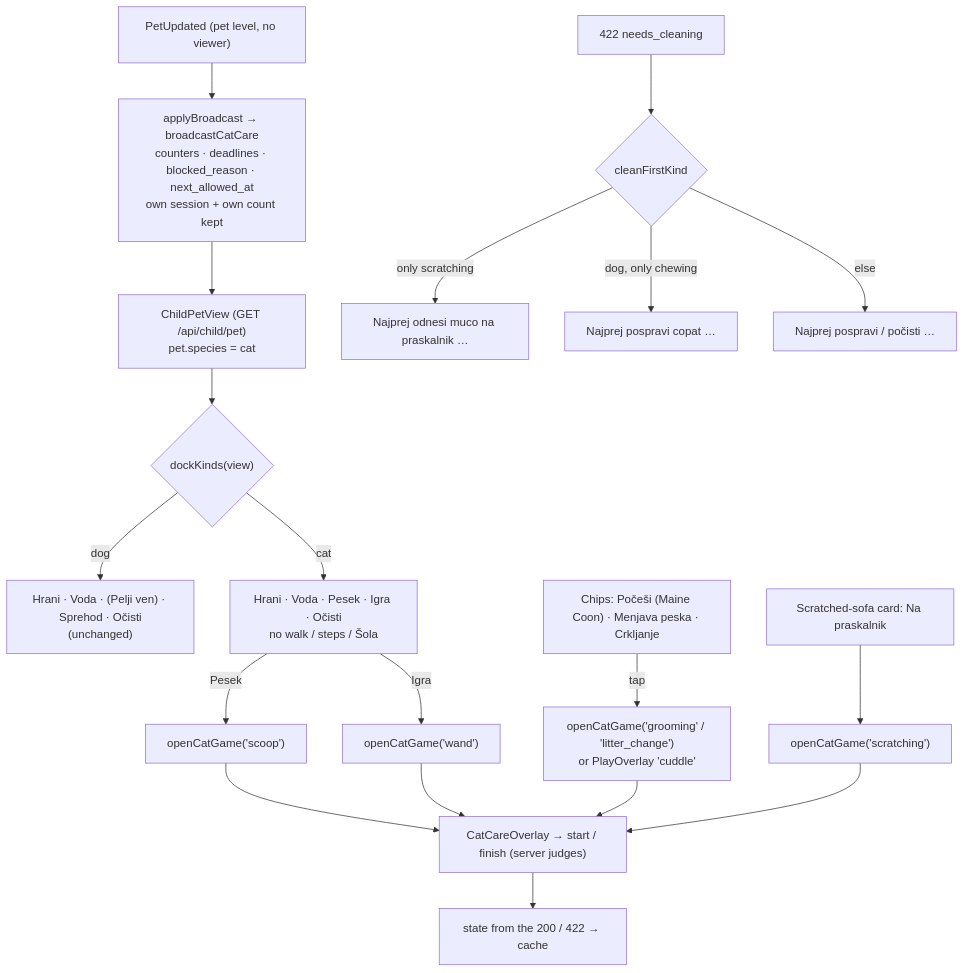
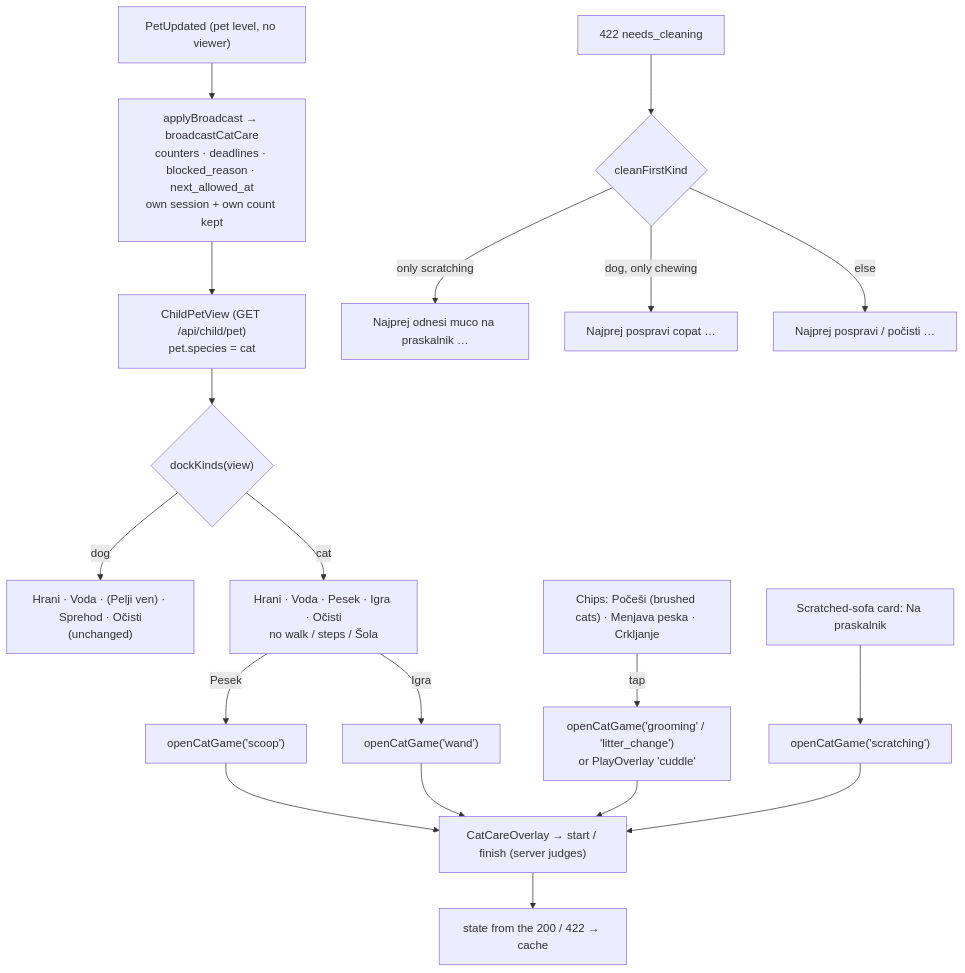
Before and after one commit to DataVallis/pet-prep: diagram 27 of 54 in docs/engineering/DIAGRAMS.md, drawn with Mermaid. The commit also changed other lines of this file and 31 other files, not shown here.

First line of the commit message:
fix: cat grooming review findings — API descriptions + schema.ts, grooming intro without "long", docs and comments no longer Maine Coon only, contract key bodyWithBrushing, runbook status/number rules, brushed cats derived from data.json + app list cross-check

````diff
--- a/docs/engineering/DIAGRAMS.md
+++ b/docs/engineering/DIAGRAMS.md
@@ -731,18 +731,18 @@
 ```mermaid
 flowchart TD
   V["ChildPetView (GET /api/child/pet)<br/>pet.species = cat"] --> K{"dockKinds(view)"}
   K -->|dog| DD["Hrani · Voda · (Pelji ven) · Sprehod · Očisti<br/>(unchanged)"]
   K -->|cat| CD["Hrani · Voda · Pesek · Igra · Očisti<br/>no walk / steps / Šola"]
   CD -->|Pesek| O1["openCatGame('scoop')"]
   CD -->|Igra| O2["openCatGame('wand')"]
-  CH["Chips: Počeši (Maine Coon) · Menjava peska · Crkljanje"] -->|tap| O3["openCatGame('grooming' / 'litter_change')<br/>or PlayOverlay 'cuddle'"]
+  CH["Chips: Počeši (brushed cats) · Menjava peska · Crkljanje"] -->|tap| O3["openCatGame('grooming' / 'litter_change')<br/>or PlayOverlay 'cuddle'"]
   SC["Scratched-sofa card: Na praskalnik"] --> O4["openCatGame('scratching')"]
   O1 & O2 & O3 & O4 --> OV["CatCareOverlay → start / finish (server judges)"]
   OV --> ST["state from the 200 / 422 → cache"]
   B["PetUpdated (pet level, no viewer)"] --> BC["applyBroadcast → broadcastCatCare<br/>counters · deadlines · blocked_reason · next_allowed_at<br/>own session + own count kept"]
   BC --> V
   R["422 needs_cleaning"] --> M{"cleanFirstKind"}
   M -->|only scratching| T1["Najprej odnesi muco na praskalnik …"]
   M -->|dog, only chewing| T2["Najprej pospravi copat …"]
   M -->|else| T3["Najprej pospravi / počisti …"]
 ```
````
